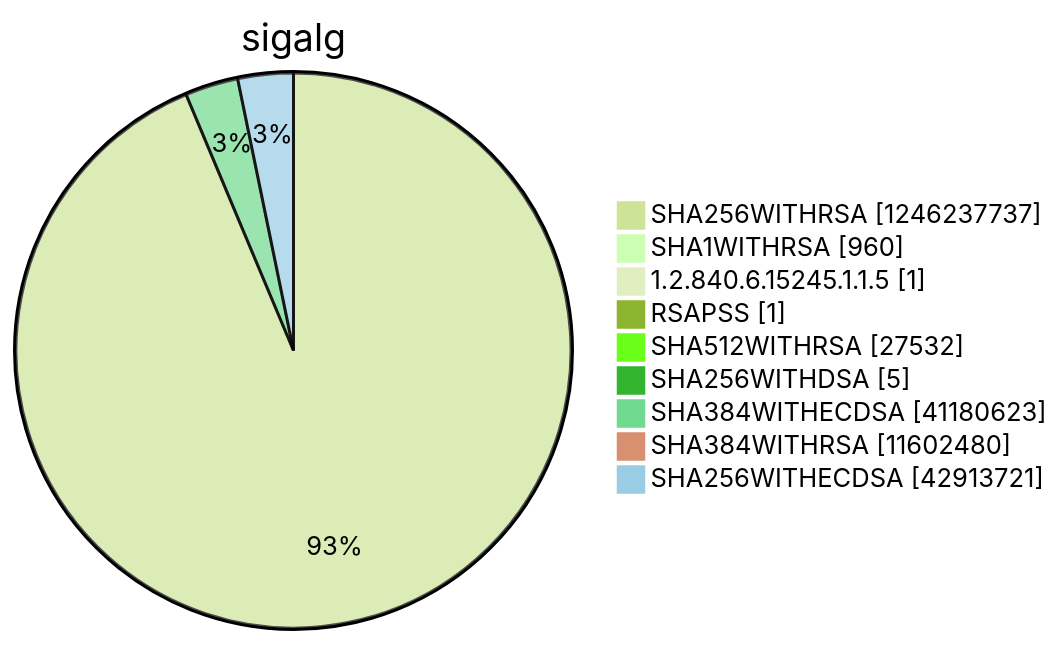
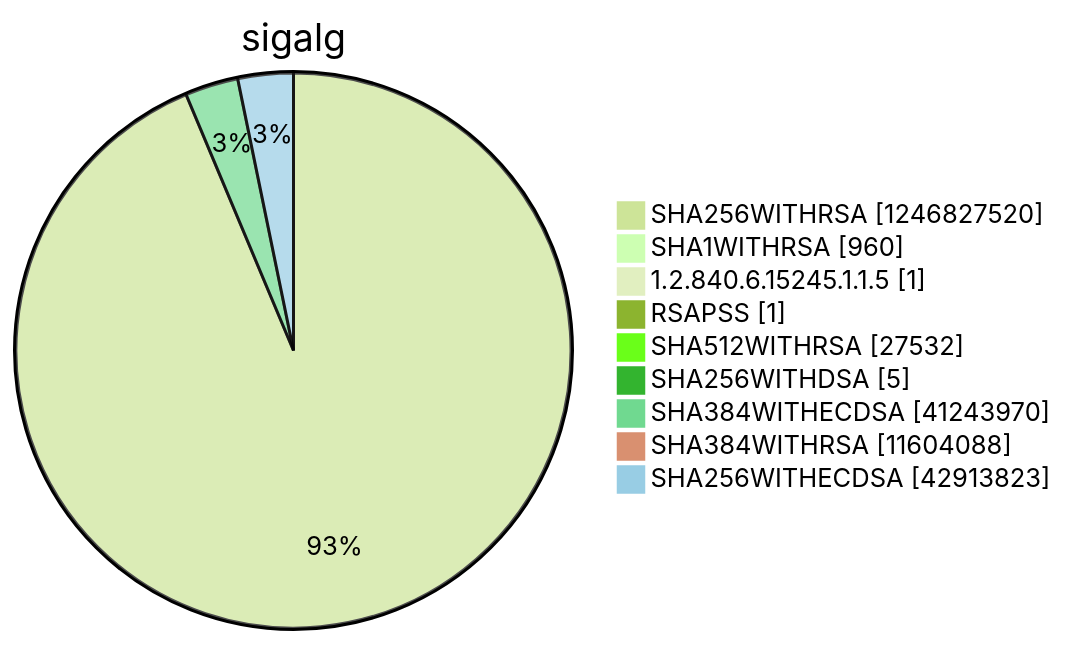
One commit to christiankrug/ctmonitor_visualization changed diagram 15 of 15 in argon2022/README.md. Above: the diagram before and after it, drawn with Mermaid (forest theme). The commit also changed other lines of this file, not shown here.

````diff
--- a/argon2022/README.md
+++ b/argon2022/README.md
@@ -5522,13 +5522,13 @@
 ```mermaid
 pie showData
 title sigalg
-"SHA256WITHRSA" :1246237737
+"SHA256WITHRSA" :1246827520
 "SHA1WITHRSA" :960
 "1.2.840.6.15245.1.1.5" :1
 "RSAPSS" :1
 "SHA512WITHRSA" :27532
 "SHA256WITHDSA" :5
-"SHA384WITHECDSA" :41180623
-"SHA384WITHRSA" :11602480
-"SHA256WITHECDSA" :42913721
+"SHA384WITHECDSA" :41243970
+"SHA384WITHRSA" :11604088
+"SHA256WITHECDSA" :42913823
 ```
````
